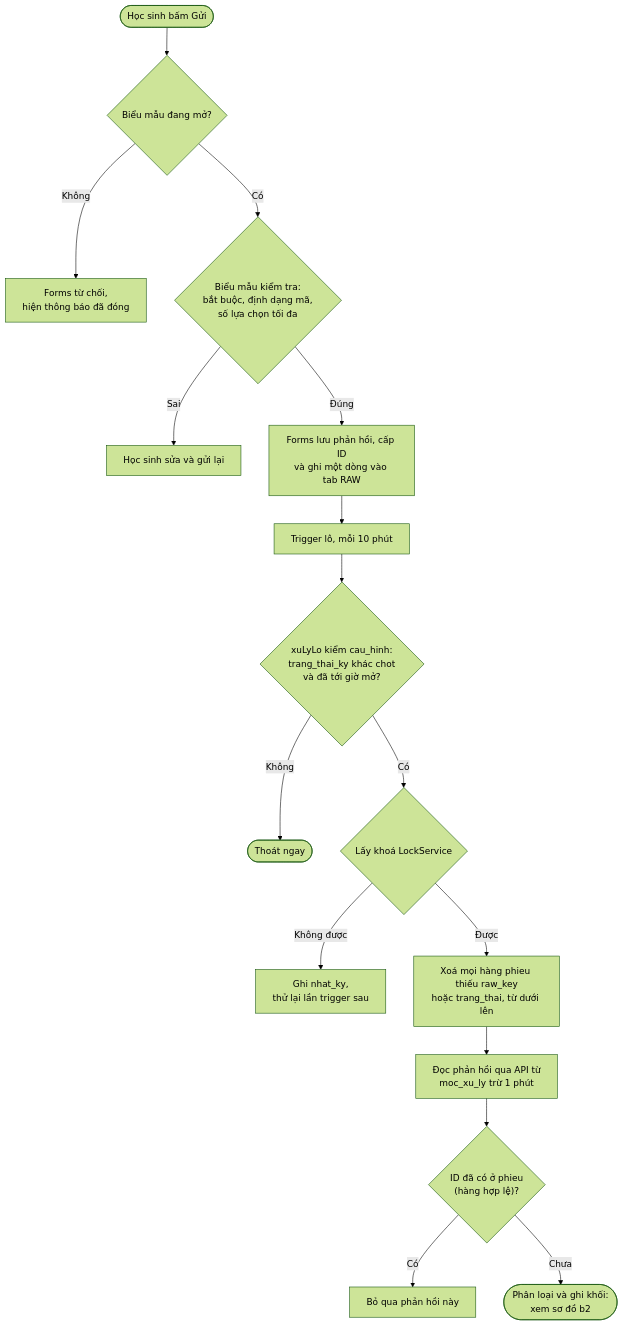
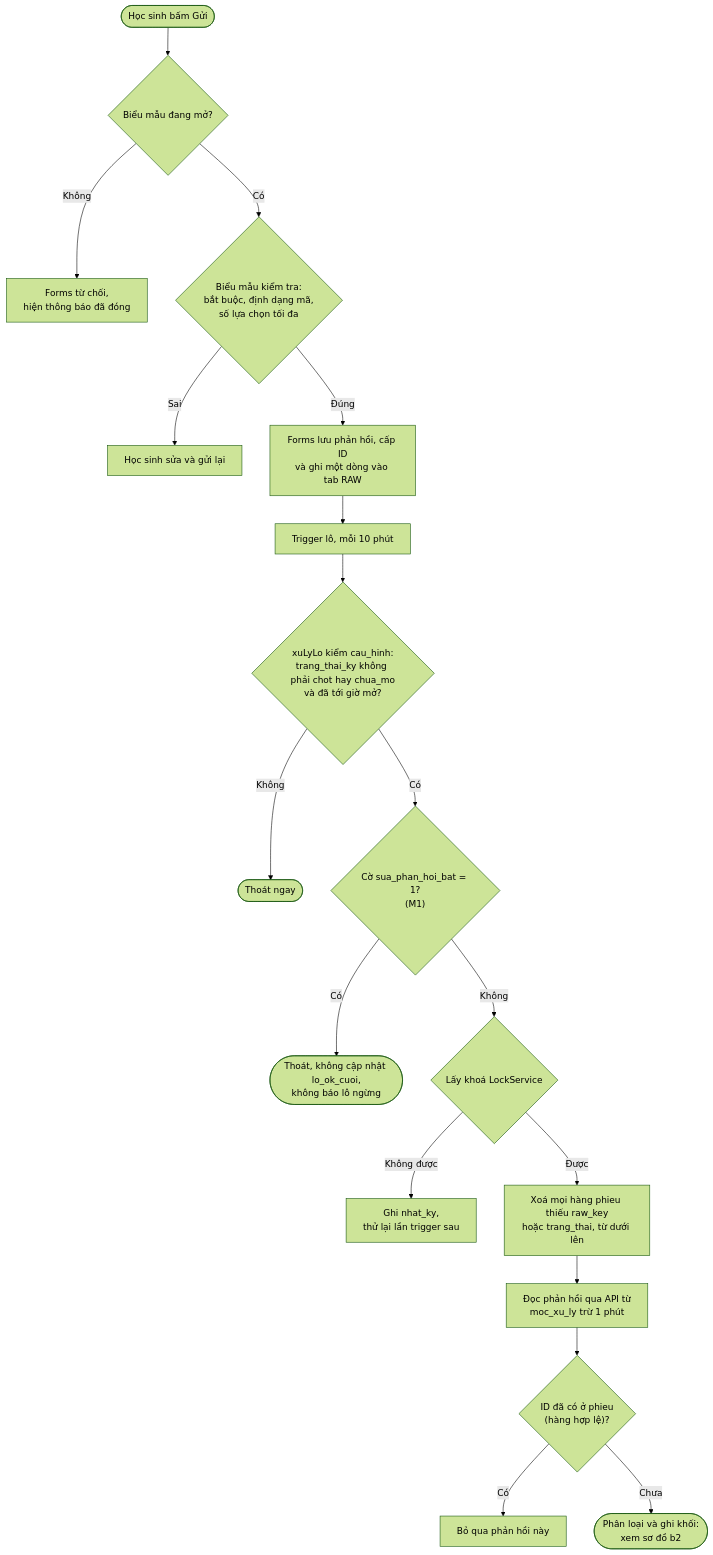
Before and after one commit to nguyenphanvantruong6969-arch/TESTING-DEV: the diagram in docs/he_sinh_thai/anh/b1_nop_phieu.mmd, drawn with Mermaid (forest theme). The commit also changed 8 other files, not shown here.

```diff
--- a/docs/he_sinh_thai/anh/b1_nop_phieu.mmd
+++ b/docs/he_sinh_thai/anh/b1_nop_phieu.mmd
@@ -1,16 +1,18 @@
 flowchart TD
   S(["Học sinh bấm Gửi"]) --> O{"Biểu mẫu đang mở?"}
   O -->|"Không"| C1["Forms từ chối,<br/>hiện thông báo đã đóng"]
   O -->|"Có"| V1{"Biểu mẫu kiểm tra:<br/>bắt buộc, định dạng mã,<br/>số lựa chọn tối đa"}
   V1 -->|"Sai"| E1["Học sinh sửa và gửi lại"]
   V1 -->|"Đúng"| W["Forms lưu phản hồi, cấp ID<br/>và ghi một dòng vào tab RAW"]
   W --> T["Trigger lô, mỗi 10 phút"]
-  T --> G{"xuLyLo kiểm cau_hinh:<br/>trang_thai_ky khác chot<br/>và đã tới giờ mở?"}
+  T --> G{"xuLyLo kiểm cau_hinh:<br/>trang_thai_ky không phải chot hay chua_mo<br/>và đã tới giờ mở?"}
   G -->|"Không"| X1(["Thoát ngay"])
-  G -->|"Có"| L{"Lấy khoá LockService"}
+  G -->|"Có"| FL{"Cờ sua_phan_hoi_bat = 1?<br/>(M1)"}
+  FL -->|"Có"| X2(["Thoát, không cập nhật lo_ok_cuoi,<br/>không báo lô ngừng"])
+  FL -->|"Không"| L{"Lấy khoá LockService"}
   L -->|"Không được"| R1["Ghi nhat_ky,<br/>thử lại lần trigger sau"]
   L -->|"Được"| CL["Xoá mọi hàng phieu thiếu raw_key<br/>hoặc trang_thai, từ dưới lên"]
   CL --> RD["Đọc phản hồi qua API từ<br/>moc_xu_ly trừ 1 phút"]
   RD --> EX{"ID đã có ở phieu<br/>(hàng hợp lệ)?"}
   EX -->|"Có"| SK["Bỏ qua phản hồi này"]
   EX -->|"Chưa"| NEXT(["Phân loại và ghi khối:<br/>xem sơ đồ b2"])
```
